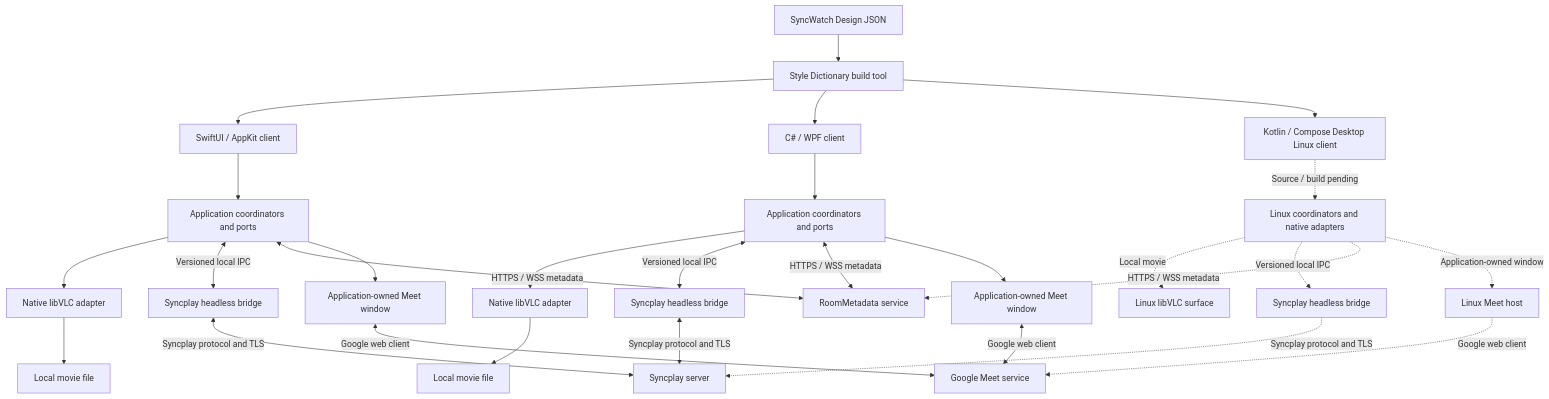
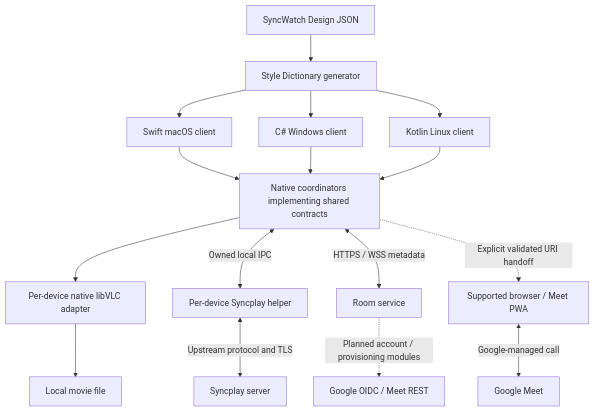
The first of 2 diagrams in docs/architecture/README.md (salo-group/syncwatch), drawn with Mermaid before and after one commit. The commit also changed other lines of this file and 5 other files, not shown here.

Commit message:
docs: select supported Meet browser and PWA calling

````diff
--- a/docs/architecture/README.md
+++ b/docs/architecture/README.md
@@ -25,30 +25,18 @@
 ```mermaid
 flowchart TB
-    D[SyncWatch Design JSON] --> G[Style Dictionary build tool]
-    G --> A[SwiftUI / AppKit client]
-    G --> W[C# / WPF client]
-    G --> L[Kotlin / Compose Desktop Linux client]
-    L -. Source / build pending .-> CL[Linux coordinators and native adapters]
-    CL -. Local movie .-> FL[Linux libVLC surface]
-    CL -. Versioned local IPC .-> SL[Syncplay headless bridge]
-    SL -. Syncplay protocol and TLS .-> SS
-    CL -. HTTPS / WSS metadata .-> R
-    CL -. Application-owned window .-> ML[Linux Meet host]
-    ML -. Google web client .-> M
-    A --> CA[Application coordinators and ports]
-    W --> CW[Application coordinators and ports]
-    CA --> VA[Native libVLC adapter]
-    CW --> VW[Native libVLC adapter]
-    VA --> FA[Local movie file]
-    VW --> FW[Local movie file]
-    CA <-->|Versioned local IPC| SA[Syncplay headless bridge]
-    CW <-->|Versioned local IPC| SW[Syncplay headless bridge]
-    SA <-->|Syncplay protocol and TLS| SS[Syncplay server]
-    SW <-->|Syncplay protocol and TLS| SS
-    CA <-->|HTTPS / WSS metadata| R[RoomMetadata service]
-    CW <-->|HTTPS / WSS metadata| R
-    CA --> MA[Application-owned Meet window]
-    CW --> MW[Application-owned Meet window]
-    MA <-->|Google web client| M[Google Meet service]
-    MW <-->|Google web client| M
+    D[SyncWatch Design JSON] --> G[Style Dictionary generator]
+    G --> A[Swift macOS client]
+    G --> W[C# Windows client]
+    G --> L[Kotlin Linux client]
+    A --> C[Native coordinators implementing shared contracts]
+    W --> C
+    L --> C
+    C --> V[Per-device native libVLC adapter]
+    V --> F[Local movie file]
+    C <-->|Owned local IPC| S[Per-device Syncplay helper]
+    S <-->|Upstream protocol and TLS| SS[Syncplay server]
+    C <-->|HTTPS / WSS metadata| R[Room service]
+    C -. Explicit validated URI handoff .-> H[Supported browser / Meet PWA]
+    H <-->|Google-managed call| M[Google Meet]
+    R -. Planned account / provisioning modules .-> API[Google OIDC / Meet REST]
 ```
````
